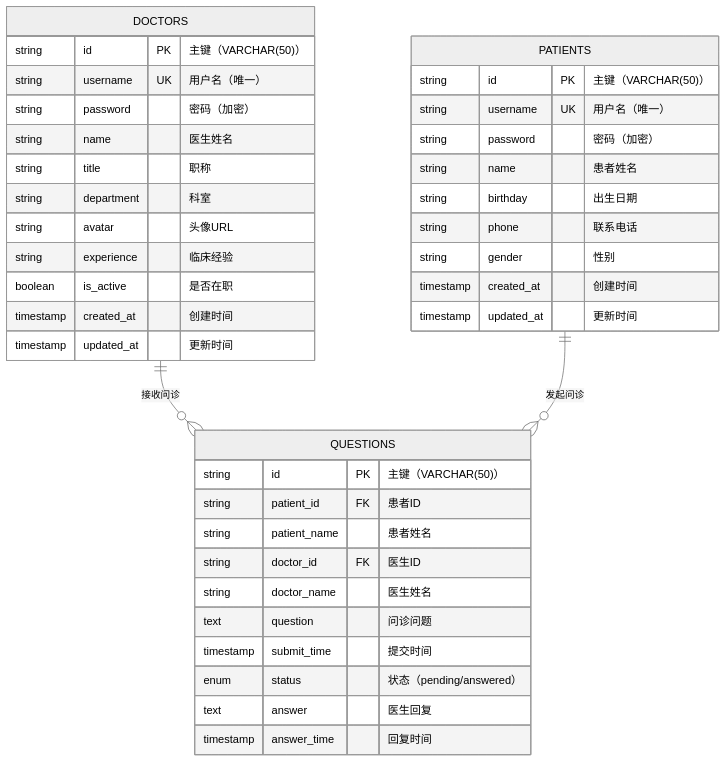
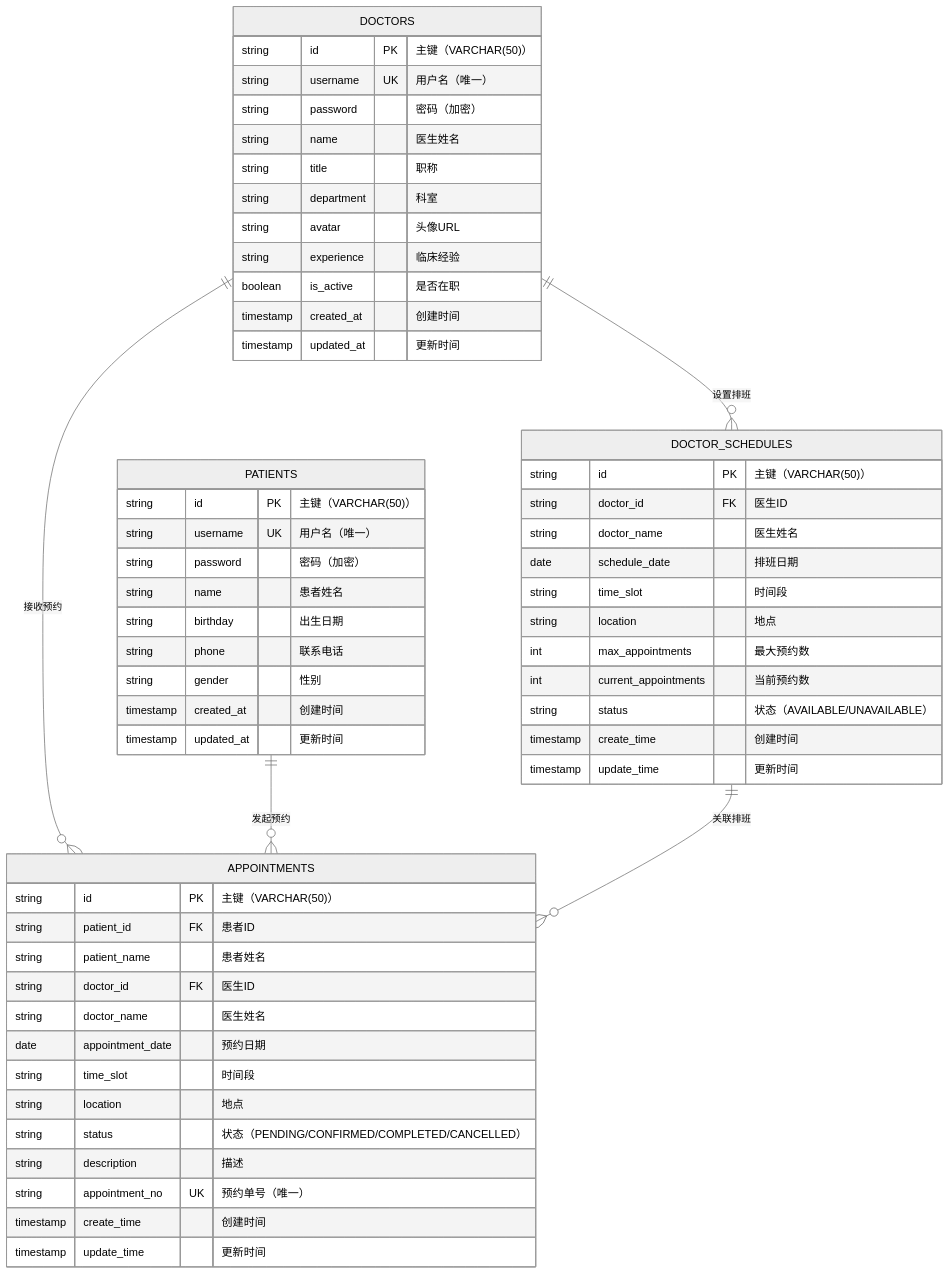
One commit to leopoldzhang/qa-live-healthcare-interview changed the first of 4 diagrams in .asdm/contexts/data-models.md. Above: the diagram before and after it, drawn with Mermaid (neutral theme). The commit also changed other lines of this file and 3 other files, not shown here.

````diff
--- a/.asdm/contexts/data-models.md
+++ b/.asdm/contexts/data-models.md
@@ -10,44 +10,63 @@
 ```mermaid
 erDiagram
-    DOCTORS ||--o{ QUESTIONS : "接收问诊"
-    PATIENTS ||--o{ QUESTIONS : "发起问诊"
+    DOCTORS ||--o{ DOCTOR_SCHEDULES : "设置排班"
+    DOCTORS ||--o{ APPOINTMENTS : "接收预约"
+    PATIENTS ||--o{ APPOINTMENTS : "发起预约"
+    DOCTOR_SCHEDULES ||--o{ APPOINTMENTS : "关联排班"
     
     DOCTORS {
         string id PK "主键（VARCHAR(50)）"
         string username UK "用户名（唯一）"
         string password "密码（加密）"
         string name "医生姓名"
         string title "职称"
         string department "科室"
         string avatar "头像URL"
         string experience "临床经验"
         boolean is_active "是否在职"
         timestamp created_at "创建时间"
         timestamp updated_at "更新时间"
     }
     
     PATIENTS {
         string id PK "主键（VARCHAR(50)）"
         string username UK "用户名（唯一）"
         string password "密码（加密）"
         string name "患者姓名"
         string birthday "出生日期"
         string phone "联系电话"
         string gender "性别"
         timestamp created_at "创建时间"
         timestamp updated_at "更新时间"
     }
     
-    QUESTIONS {
+    DOCTOR_SCHEDULES {
+        string id PK "主键（VARCHAR(50)）"
+        string doctor_id FK "医生ID"
+        string doctor_name "医生姓名"
+        date schedule_date "排班日期"
+        string time_slot "时间段"
+        string location "地点"
+        int max_appointments "最大预约数"
+        int current_appointments "当前预约数"
+        string status "状态（AVAILABLE/UNAVAILABLE）"
+        timestamp create_time "创建时间"
+        timestamp update_time "更新时间"
+    }
+    
+    APPOINTMENTS {
         string id PK "主键（VARCHAR(50)）"
         string patient_id FK "患者ID"
         string patient_name "患者姓名"
         string doctor_id FK "医生ID"
         string doctor_name "医生姓名"
-        text question "问诊问题"
-        timestamp submit_time "提交时间"
-        enum status "状态（pending/answered）"
-        text answer "医生回复"
-        timestamp answer_time "回复时间"
+        date appointment_date "预约日期"
+        string time_slot "时间段"
+        string location "地点"
+        string status "状态（PENDING/CONFIRMED/COMPLETED/CANCELLED）"
+        string description "描述"
+        string appointment_no UK "预约单号（唯一）"
+        timestamp create_time "创建时间"
+        timestamp update_time "更新时间"
     }
 ```
````
